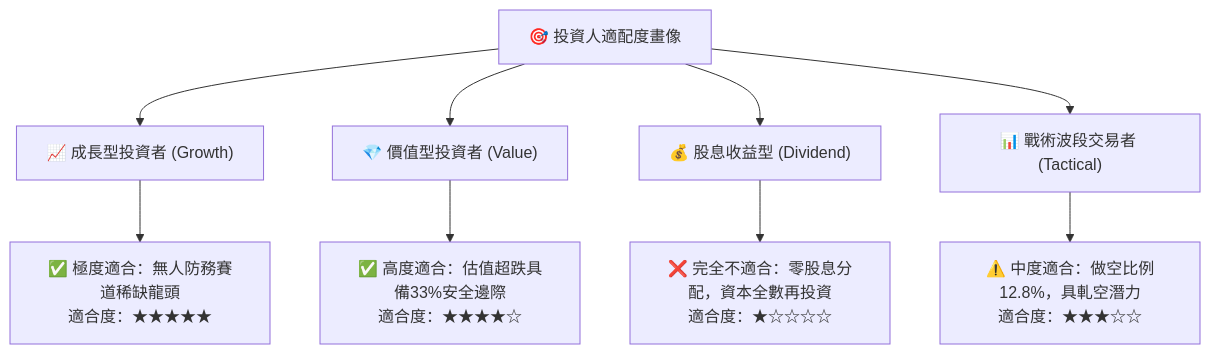
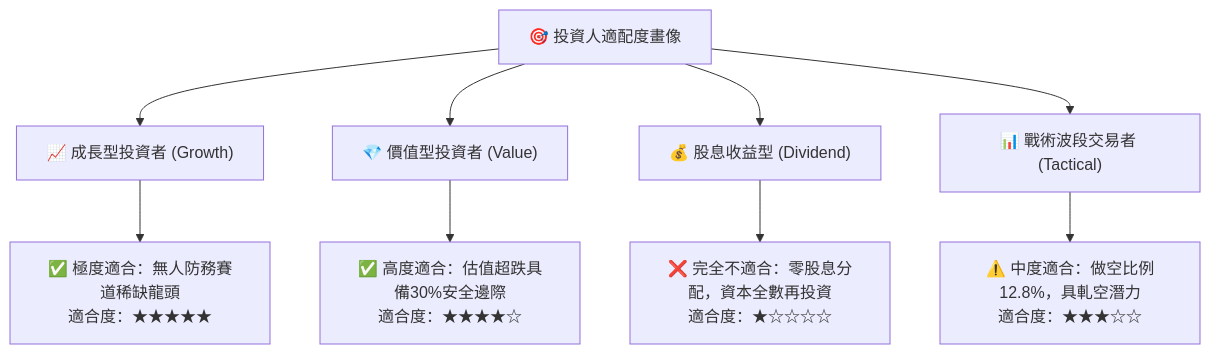
Before and after one commit to yennanliu/finance_data: diagram 15 of 15 in ai_gen_report/fundamental/avav/fundamental_analysis_2026-10-18_gemini.md, drawn with Mermaid. The commit also changed other lines of this file and 339 other files, not shown here.

````diff
--- a/ai_gen_report/fundamental/avav/fundamental_analysis_2026-10-18_gemini.md
+++ b/ai_gen_report/fundamental/avav/fundamental_analysis_2026-10-18_gemini.md
@@ -1081,14 +1096,14 @@
 ```mermaid
 graph TD
     INV["🎯 投資人適配度畫像"]
 
     INV --> G["📈 成長型投資者 (Growth)"]
     INV --> V["💎 價值型投資者 (Value)"]
     INV --> D["💰 股息收益型 (Dividend)"]
     INV --> T["📊 戰術波段交易者 (Tactical)"]
 
     G --> G1["✅ 極度適合：無人防務賽道稀缺龍頭<br/>適合度：★★★★★"]
-    V --> V1["✅ 高度適合：估值超跌具備33%安全邊際<br/>適合度：★★★★☆"]
+    V --> V1["✅ 高度適合：估值超跌具備30%安全邊際<br/>適合度：★★★★☆"]
     D --> D1["❌ 完全不適合：零股息分配，資本全數再投資<br/>適合度：★☆☆☆☆"]
     T --> T1["⚠️ 中度適合：做空比例12.8%，具軋空潛力<br/>適合度：★★★☆☆"]
 ```
````
